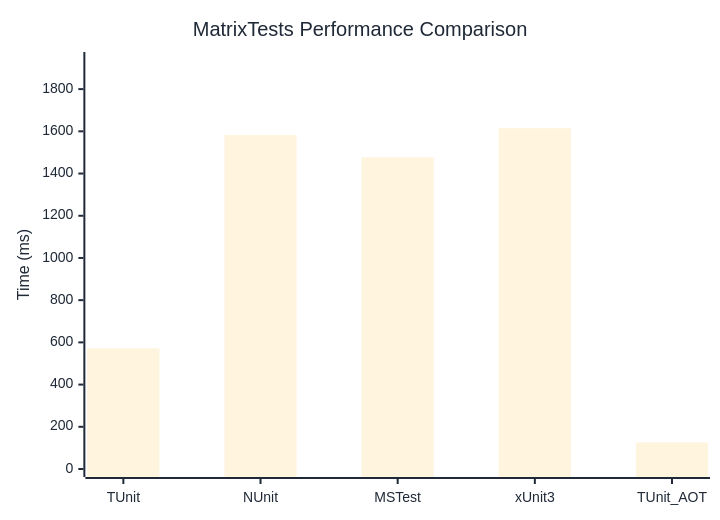
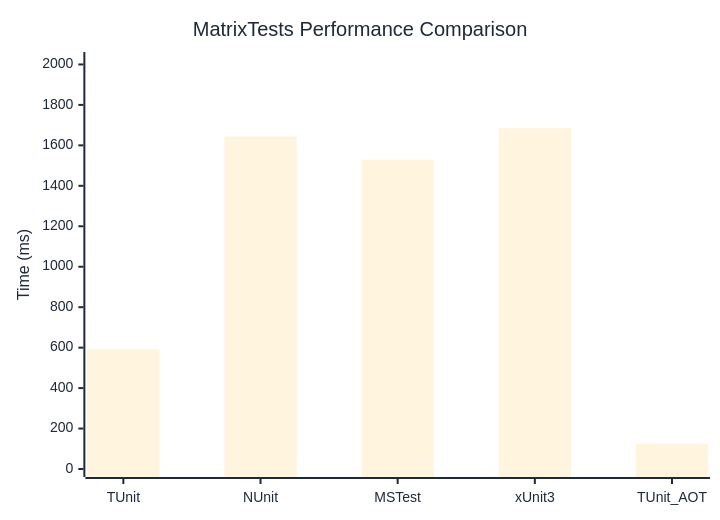
Before and after one commit to thomhurst/TUnit: the diagram in docs/docs/benchmarks/MatrixTests.md, drawn with Mermaid. The commit also changed other lines of this file and 17 other files, not shown here.

````diff
--- a/docs/docs/benchmarks/MatrixTests.md
+++ b/docs/docs/benchmarks/MatrixTests.md
@@ -27,37 +27,37 @@
 ```mermaid
 %%{init: {
   'theme':'base',
   'themeVariables': {
     'primaryColor': '#2563eb',
     'primaryTextColor': '#1f2937',
     'primaryBorderColor': '#1e40af',
     'lineColor': '#6b7280',
     'secondaryColor': '#7c3aed',
     'tertiaryColor': '#dc2626',
     'background': '#ffffff',
     'mainBkg': '#2563eb',
     'secondBkg': '#7c3aed',
     'tertiaryBkg': '#dc2626',
     'clusterBkg': '#f3f4f6',
     'edgeLabelBackground': '#ffffff',
     'tertiaryTextColor': '#1f2937',
     'pie1': '#2563eb',
     'pie2': '#7c3aed',
     'pie3': '#dc2626',
     'pie4': '#f59e0b',
     'pie5': '#10b981',
     'pie6': '#06b6d4',
     'pie7': '#ec4899',
     'pie8': '#6366f1',
     'pie9': '#84cc16',
     'pie10': '#f97316',
     'pie11': '#14b8a6',
     'pie12': '#a855f7'
   }
 }}%%
 xychart-beta
   title "MatrixTests Performance Comparison"
   x-axis ["TUnit", "NUnit", "MSTest", "xUnit3", "TUnit_AOT"]
-  y-axis "Time (ms)" 0 --> 1938
-  bar [571.8, 1582.3, 1476.7, 1614.7, 126.4]
+  y-axis "Time (ms)" 0 --> 2022
+  bar [591.4, 1643.7, 1529.2, 1684.5, 125.6]
 ```
````
